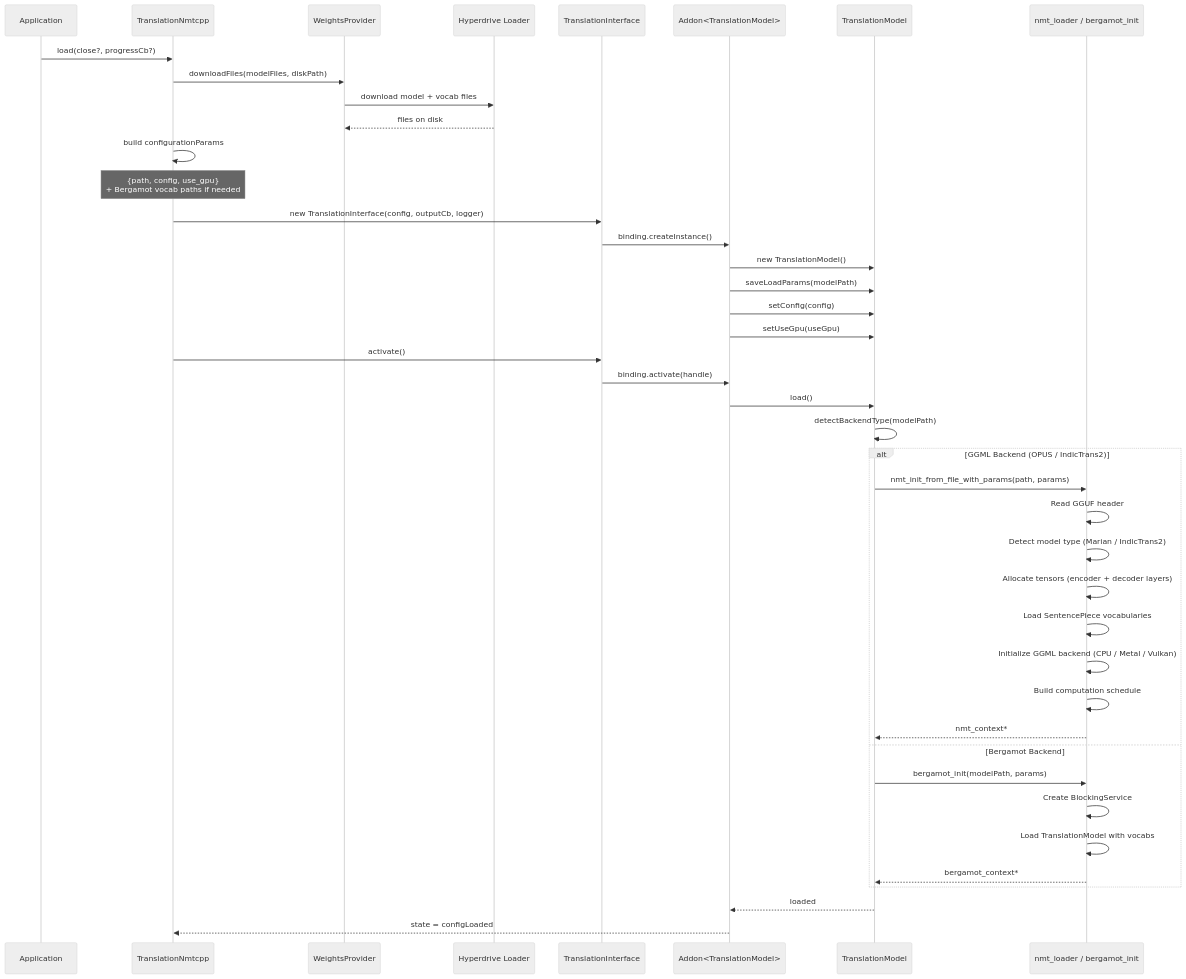
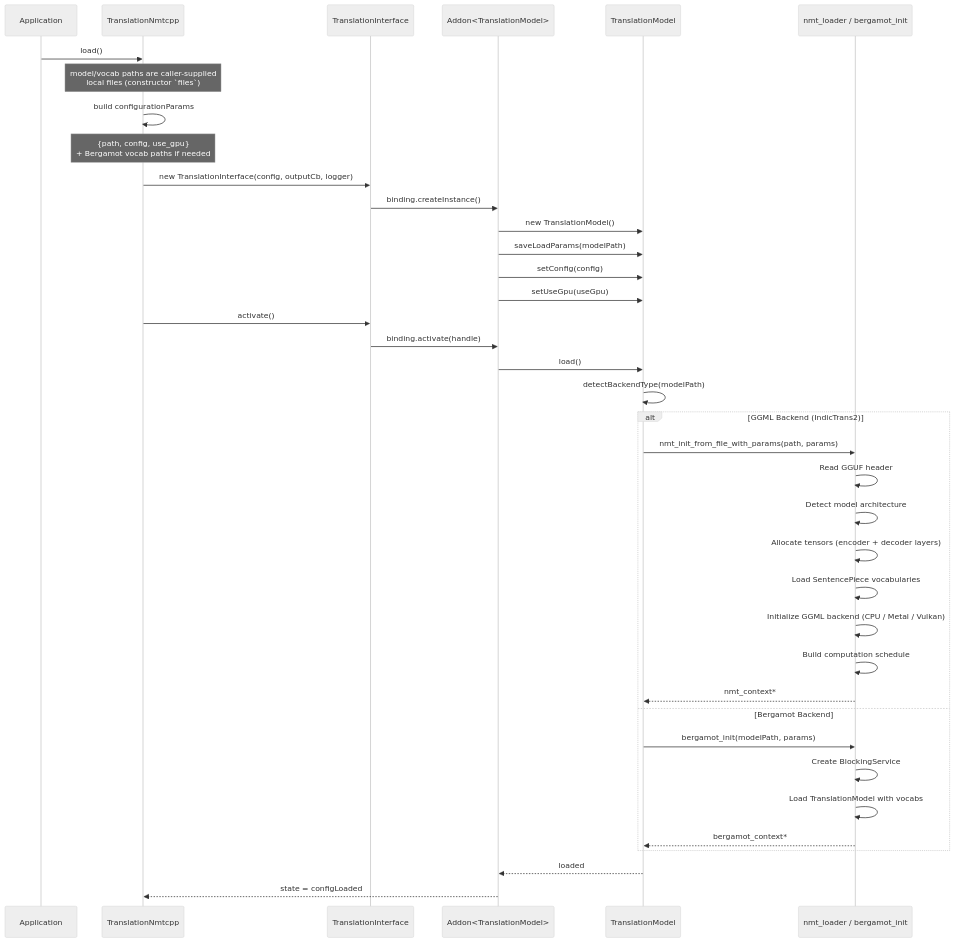
One commit to Zbig9000/qvac changed the first of 6 diagrams in packages/translation-nmtcpp/docs/data-flows-detailed.md. Above: the diagram before and after it, drawn with Mermaid (neutral theme). The commit also changed other lines of this file and 17 other files, not shown here.

````diff
--- a/packages/translation-nmtcpp/docs/data-flows-detailed.md
+++ b/packages/translation-nmtcpp/docs/data-flows-detailed.md
@@ -46,50 +46,46 @@
 ```mermaid
 sequenceDiagram
     participant App as Application
     participant NMT as TranslationNmtcpp
-    participant WP as WeightsProvider
-    participant HD as Hyperdrive Loader
     participant TI as TranslationInterface
     participant Addon as Addon<TranslationModel>
     participant TM as TranslationModel
     participant Loader as nmt_loader / bergamot_init
 
-    App->>NMT: load(close?, progressCb?)
-    NMT->>WP: downloadFiles(modelFiles, diskPath)
-    WP->>HD: download model + vocab files
-    HD-->>WP: files on disk
+    App->>NMT: load()
+    Note over NMT: model/vocab paths are caller-supplied<br/>local files (constructor `files`)
 
     NMT->>NMT: build configurationParams
     Note over NMT: {path, config, use_gpu}<br/>+ Bergamot vocab paths if needed
 
     NMT->>TI: new TranslationInterface(config, outputCb, logger)
     TI->>Addon: binding.createInstance()
     Addon->>TM: new TranslationModel()
     Addon->>TM: saveLoadParams(modelPath)
     Addon->>TM: setConfig(config)
     Addon->>TM: setUseGpu(useGpu)
 
     NMT->>TI: activate()
     TI->>Addon: binding.activate(handle)
     Addon->>TM: load()
     TM->>TM: detectBackendType(modelPath)
 
-    alt GGML Backend (OPUS / IndicTrans2)
+    alt GGML Backend (IndicTrans2)
         TM->>Loader: nmt_init_from_file_with_params(path, params)
         Loader->>Loader: Read GGUF header
-        Loader->>Loader: Detect model type (Marian / IndicTrans2)
+        Loader->>Loader: Detect model architecture
         Loader->>Loader: Allocate tensors (encoder + decoder layers)
         Loader->>Loader: Load SentencePiece vocabularies
         Loader->>Loader: Initialize GGML backend (CPU / Metal / Vulkan)
         Loader->>Loader: Build computation schedule
         Loader-->>TM: nmt_context*
     else Bergamot Backend
         TM->>Loader: bergamot_init(modelPath, params)
         Loader->>Loader: Create BlockingService
         Loader->>Loader: Load TranslationModel with vocabs
         Loader-->>TM: bergamot_context*
     end
 
     TM-->>Addon: loaded
     Addon-->>NMT: state = configLoaded
 ```
````
